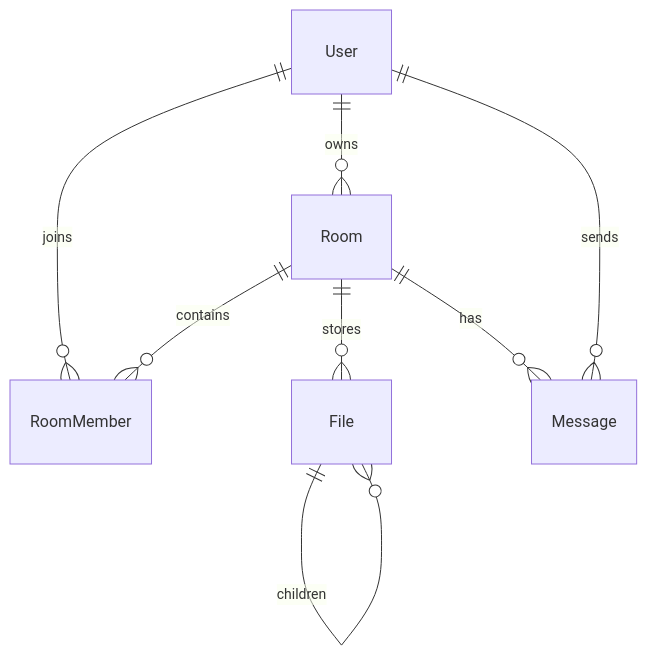
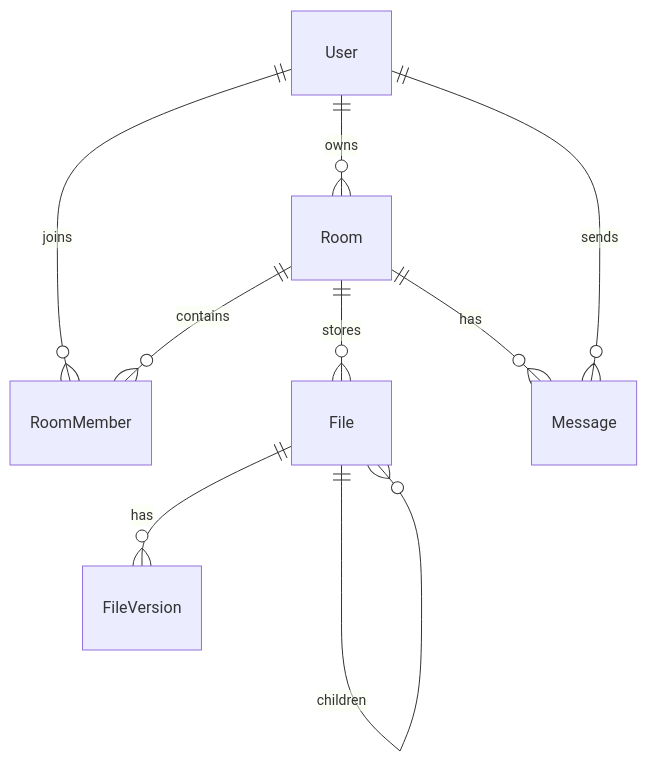
The third of 3 diagrams in collab-code-editor/README.md (krish-mittal1/Aether), drawn with Mermaid before and after one commit. The commit also changed other lines of this file, not shown here.

````diff
--- a/collab-code-editor/README.md
+++ b/collab-code-editor/README.md
@@ -74,10 +116,11 @@
 ```mermaid
 erDiagram
-  User ||--o{ Room : owns
-  User ||--o{ RoomMember : joins
-  Room ||--o{ RoomMember : contains
-  Room ||--o{ File : stores
-  File ||--o{ File : children
-  Room ||--o{ Message : has
-  User ||--o{ Message : sends
+    User ||--o{ Room : owns
+    User ||--o{ RoomMember : joins
+    Room ||--o{ RoomMember : contains
+    Room ||--o{ File : stores
+    File ||--o{ File : children
+    File ||--o{ FileVersion : has
+    Room ||--o{ Message : has
+    User ||--o{ Message : sends
 ```
````
